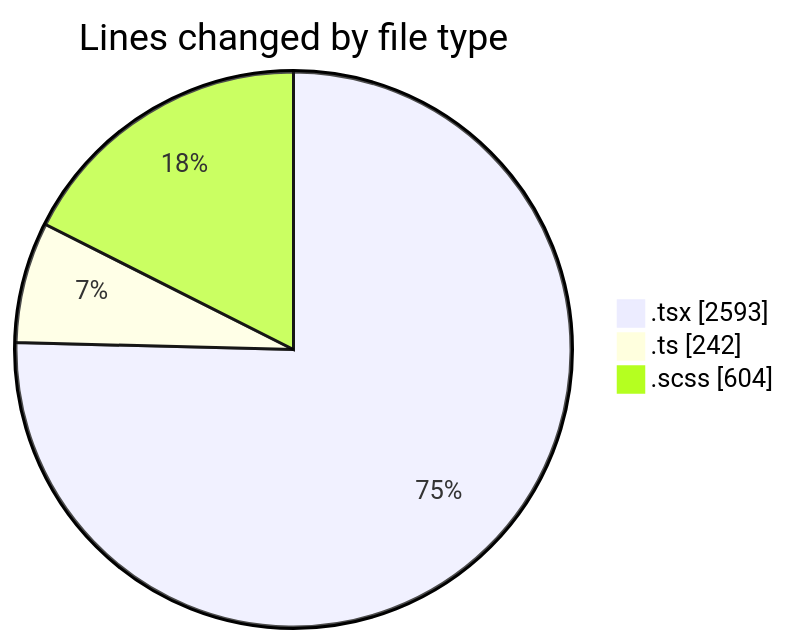
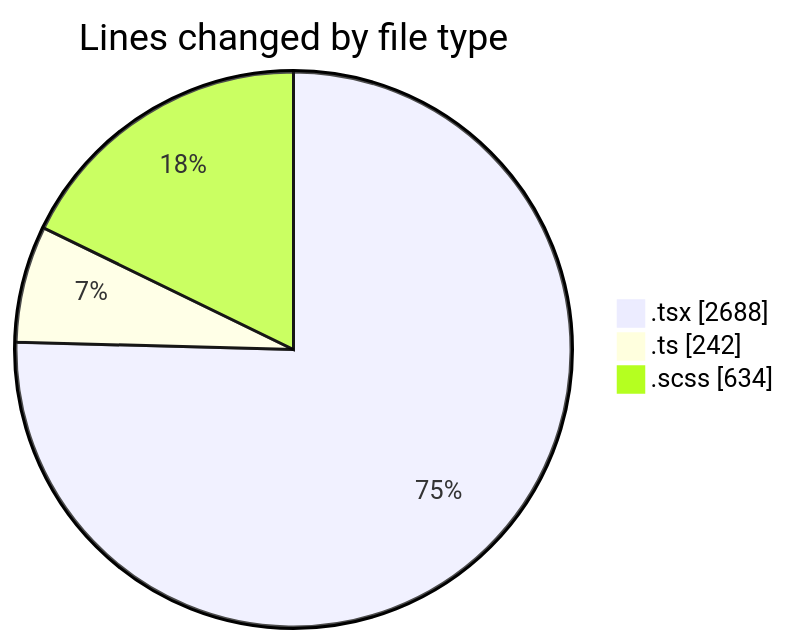
Before and after one commit to momahboobian/code-tracking: the first of 2 diagrams in 2025-09-15/cda/README.md, drawn with Mermaid. The commit also changed other lines of this file and 1 other file, not shown here.

````diff
--- a/2025-09-15/cda/README.md
+++ b/2025-09-15/cda/README.md
@@ -25,7 +25,7 @@
 ```mermaid
 pie showData
 title Lines changed by file type
-".tsx" : 2593
+".tsx" : 2688
 ".ts" : 242
-".scss" : 604
+".scss" : 634
 ```
````
